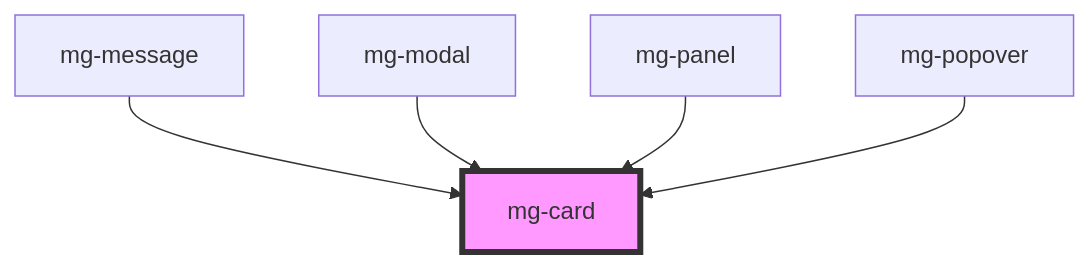
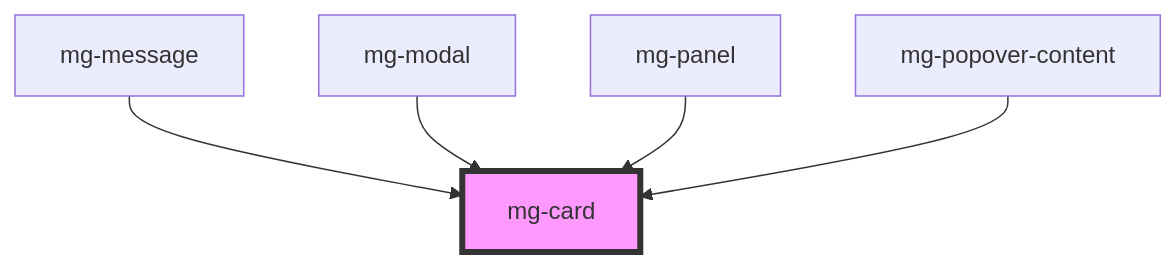
One commit to MGDIS/core-ui changed the diagram in packages/mg-components/src/components/atoms/mg-card/readme.md. Above: the diagram before and after it, drawn with Mermaid. The commit also changed other lines of this file and 28 other files, not shown here.

First line of the commit message:
fix(mgPopover): create mg-popover-content component to improver popover a11y

````diff
--- a/packages/mg-components/src/components/atoms/mg-card/readme.md
+++ b/packages/mg-components/src/components/atoms/mg-card/readme.md
@@ -79,8 +79,8 @@
 ```mermaid
 graph TD;
   mg-message --> mg-card
   mg-modal --> mg-card
   mg-panel --> mg-card
-  mg-popover --> mg-card
+  mg-popover-content --> mg-card
   style mg-card fill:#f9f,stroke:#333,stroke-width:4px
 ```
````
